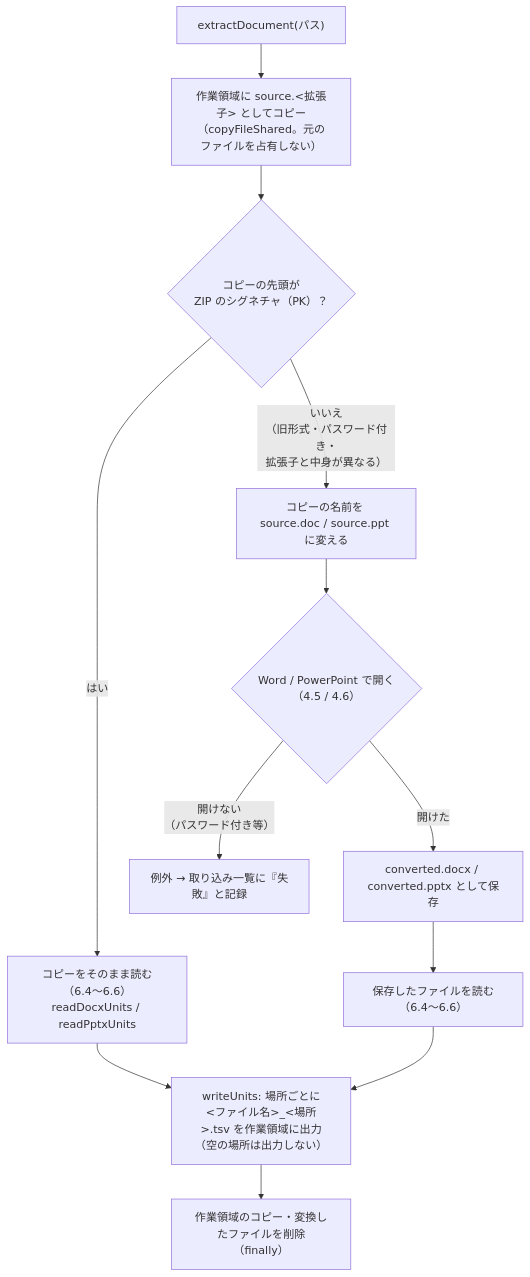
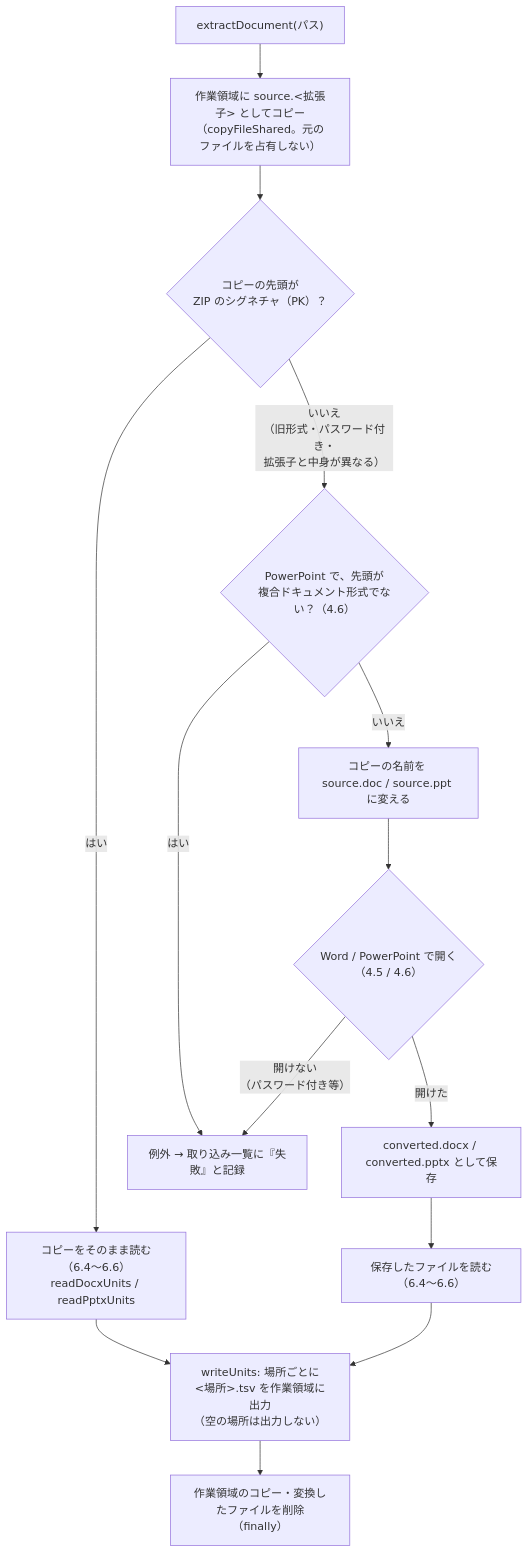
The first of 2 diagrams in docs/01_インデックス作成_6_共通処理とアプリ管理.md (hsgwa/tebunko), drawn with Mermaid before and after one commit. The commit also changed other lines of this file and 36 other files, not shown here.

````diff
--- a/docs/01_インデックス作成_6_共通処理とアプリ管理.md
+++ b/docs/01_インデックス作成_6_共通処理とアプリ管理.md
@@ -13,13 +15,15 @@
 ```mermaid
 flowchart TD
     A["extractDocument(パス)"] --> CP["作業領域に source.#lt;拡張子#gt; としてコピー<br>（copyFileShared。元のファイルを占有しない）"]
     CP --> Z{"コピーの先頭が<br>ZIP のシグネチャ（PK）？"}
     Z -- はい --> R["コピーをそのまま読む（6.4〜6.6）<br>readDocxUnits / readPptxUnits"]
-    Z -- "いいえ<br>（旧形式・パスワード付き・<br>拡張子と中身が異なる）" --> C["コピーの名前を source.doc / source.ppt に変える"]
+    Z -- "いいえ<br>（旧形式・パスワード付き・<br>拡張子と中身が異なる）" --> PC{"PowerPoint で、先頭が<br>複合ドキュメント形式でない？（4.6）"}
+    PC -- はい --> ERR
+    PC -- いいえ --> C["コピーの名前を source.doc / source.ppt に変える"]
     C --> O{"Word / PowerPoint で開く<br>（4.5 / 4.6）"}
     O -- "開けない<br>（パスワード付き等）" --> ERR["例外 → 取り込み一覧に『失敗』と記録"]
     O -- 開けた --> S["converted.docx / converted.pptx として保存"]
     S --> R2["保存したファイルを読む（6.4〜6.6）"]
-    R & R2 --> W["writeUnits: 場所ごとに<br>#lt;ファイル名#gt;_#lt;場所#gt;.tsv を作業領域に出力<br>（空の場所は出力しない）"]
+    R & R2 --> W["writeUnits: 場所ごとに<br>#lt;場所#gt;.tsv を作業領域に出力<br>（空の場所は出力しない）"]
     W --> D["作業領域のコピー・変換したファイルを削除（finally）"]
 ```
````
